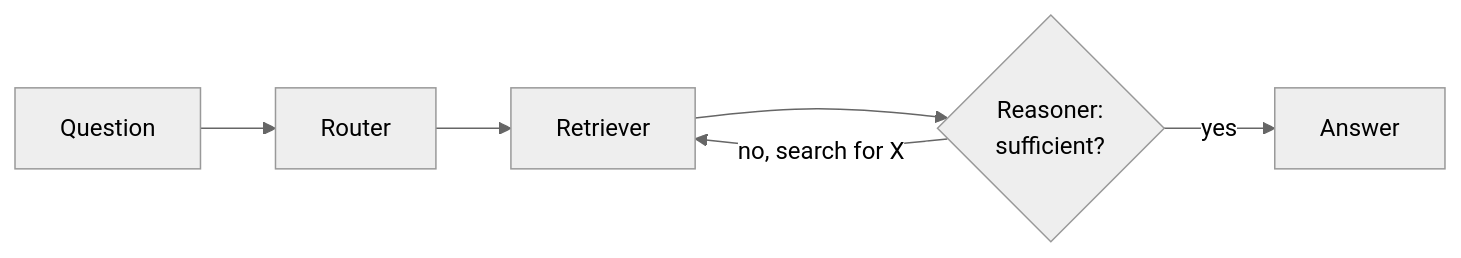
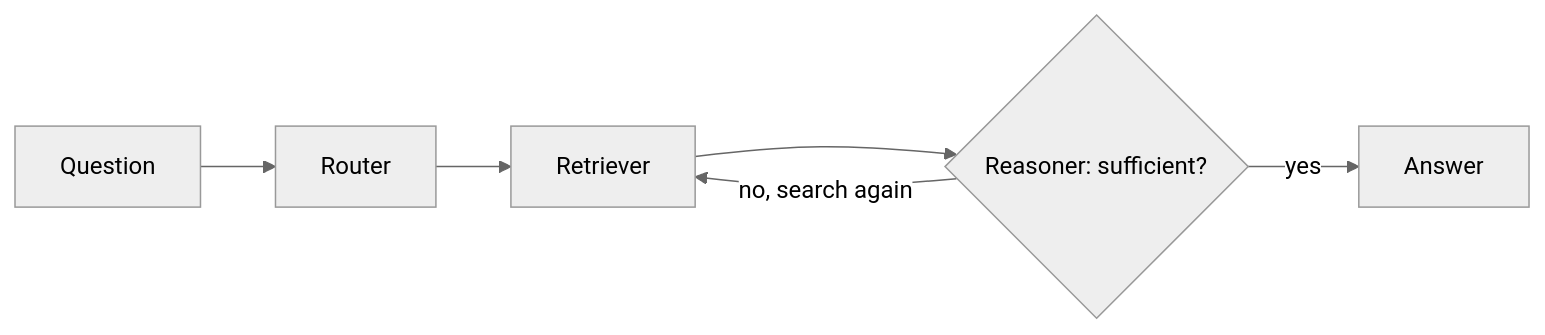
One commit to Arunachalam96/mini-rag-eval changed the diagram in README.md. Above: the diagram before and after it, drawn with Mermaid (neutral theme).

Commit message:
Fix Flowchart

````diff
--- a/README.md
+++ b/README.md
@@ -117,8 +117,8 @@
 ```mermaid
 flowchart LR
     Q[Question] --> R[Router]
     R --> RET[Retriever]
-    RET --> REA{Reasoner:<br/>sufficient?}
-    REA -- no, search for X --> RET
-    REA -- yes --> A[Answer]
+    RET --> REA{"Reasoner: sufficient?"}
+    REA -- "no, search again" --> RET
+    REA -- "yes" --> A[Answer]
 ```
````
